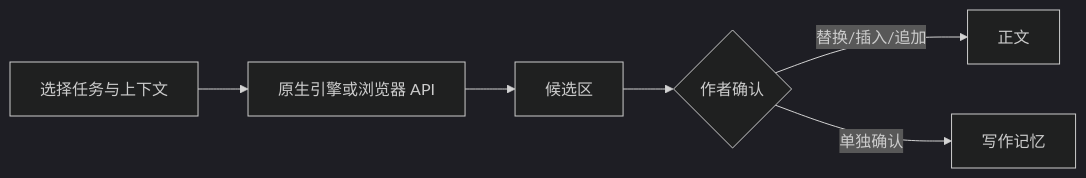
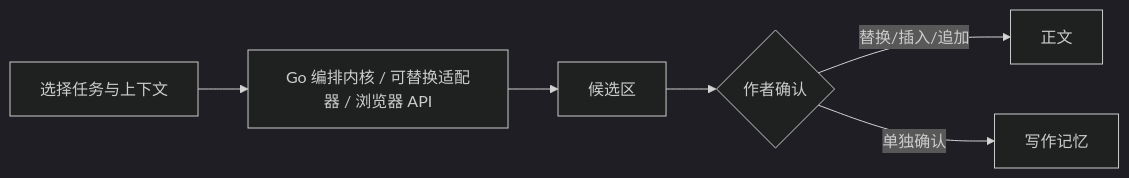
Before and after one commit to zizegak916-glitch/writing-workshop: the diagram in README.md, drawn with Mermaid (dark theme). The commit also changed other lines of this file and 14 other files, not shown here.

````diff
--- a/README.md
+++ b/README.md
@@ -96,8 +94,8 @@
 ```mermaid
 flowchart LR
-    A[选择任务与上下文] --> B[原生引擎或浏览器 API]
+    A[选择任务与上下文] --> B[Go 编排内核 / 可替换适配器 / 浏览器 API]
     B --> C[候选区]
     C --> D{作者确认}
     D -->|替换/插入/追加| E[正文]
     D -->|单独确认| F[写作记忆]
 ```
````
